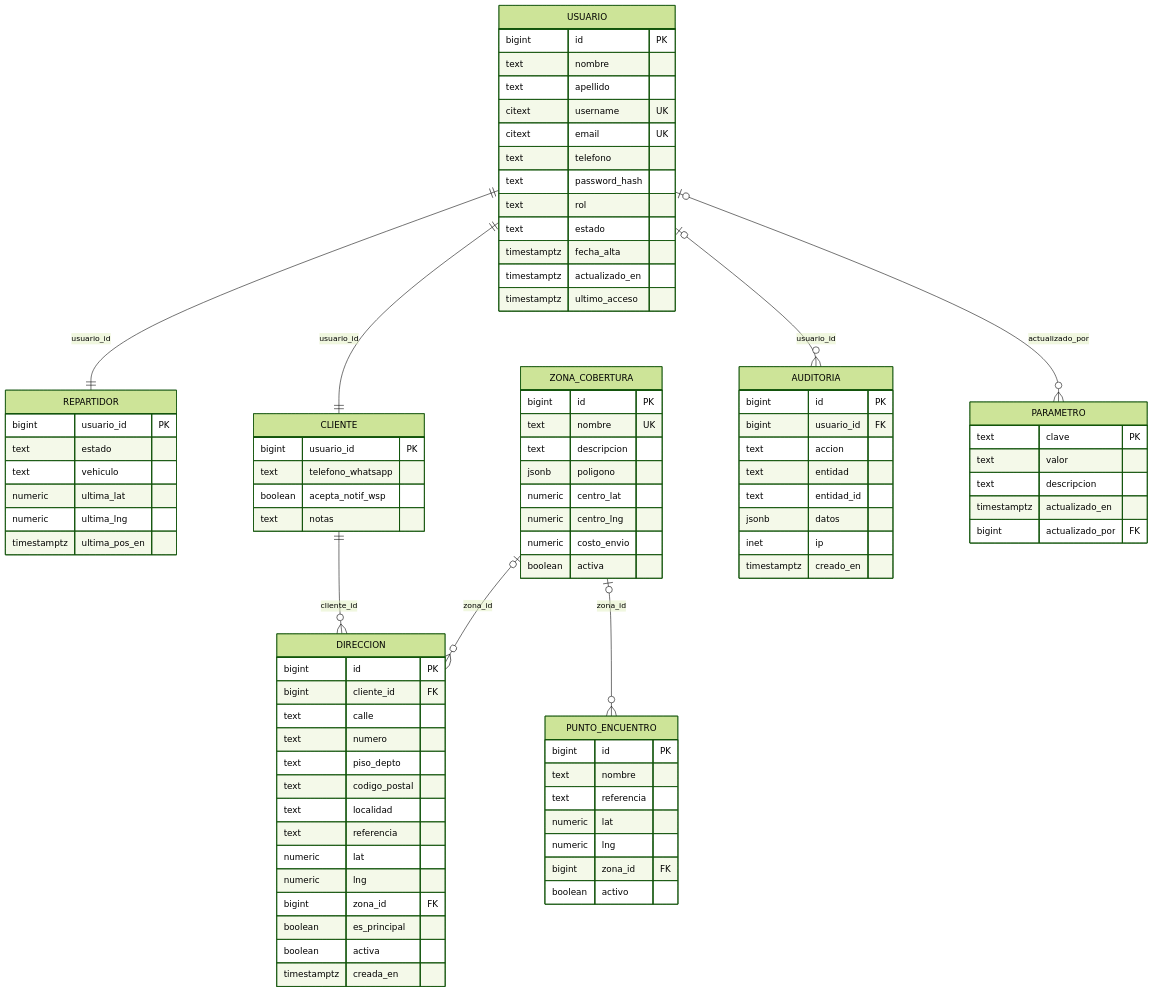
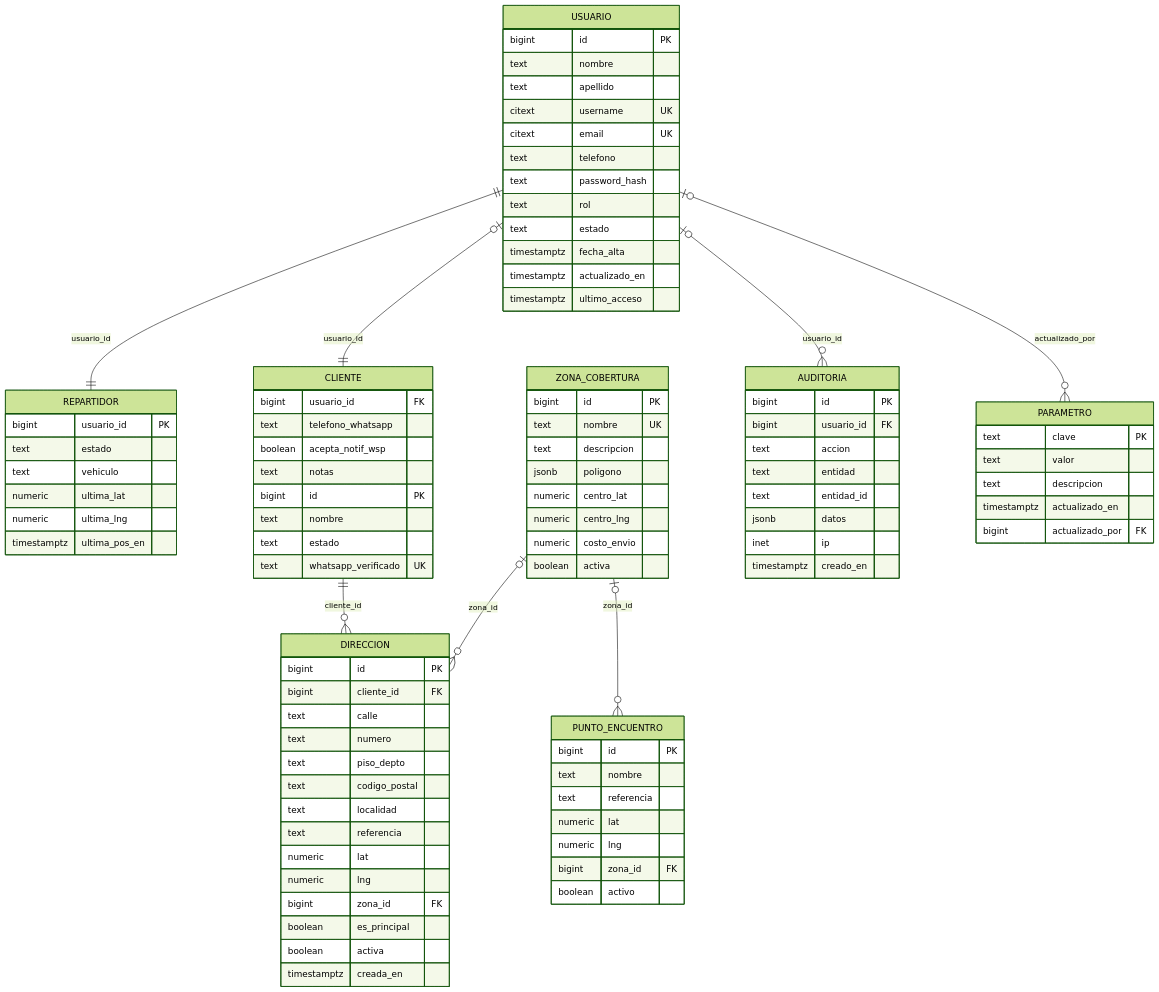
The second of 10 diagrams in docs/DER.md (Ignapag/Proyecto---Seminario-Integrador-2026), drawn with Mermaid (forest theme) before and after one commit. The commit also changed other lines of this file and 32 other files, not shown here.

````diff
--- a/docs/DER.md
+++ b/docs/DER.md
@@ -97,7 +100,7 @@
 ```mermaid
 erDiagram
     USUARIO ||--|| REPARTIDOR : usuario_id
-    USUARIO ||--|| CLIENTE : usuario_id
+    USUARIO o|--|| CLIENTE : usuario_id
     ZONA_COBERTURA o|--o{ PUNTO_ENCUENTRO : zona_id
     CLIENTE ||--o{ DIRECCION : cliente_id
     ZONA_COBERTURA o|--o{ DIRECCION : zona_id
@@ -126,10 +129,14 @@
         timestamptz ultima_pos_en
     }
     CLIENTE {
-        bigint usuario_id PK
+        bigint usuario_id FK
         text telefono_whatsapp
         boolean acepta_notif_wsp
         text notas
+        bigint id PK
+        text nombre
+        text estado
+        text whatsapp_verificado UK
     }
     ZONA_COBERTURA {
         bigint id PK
````
